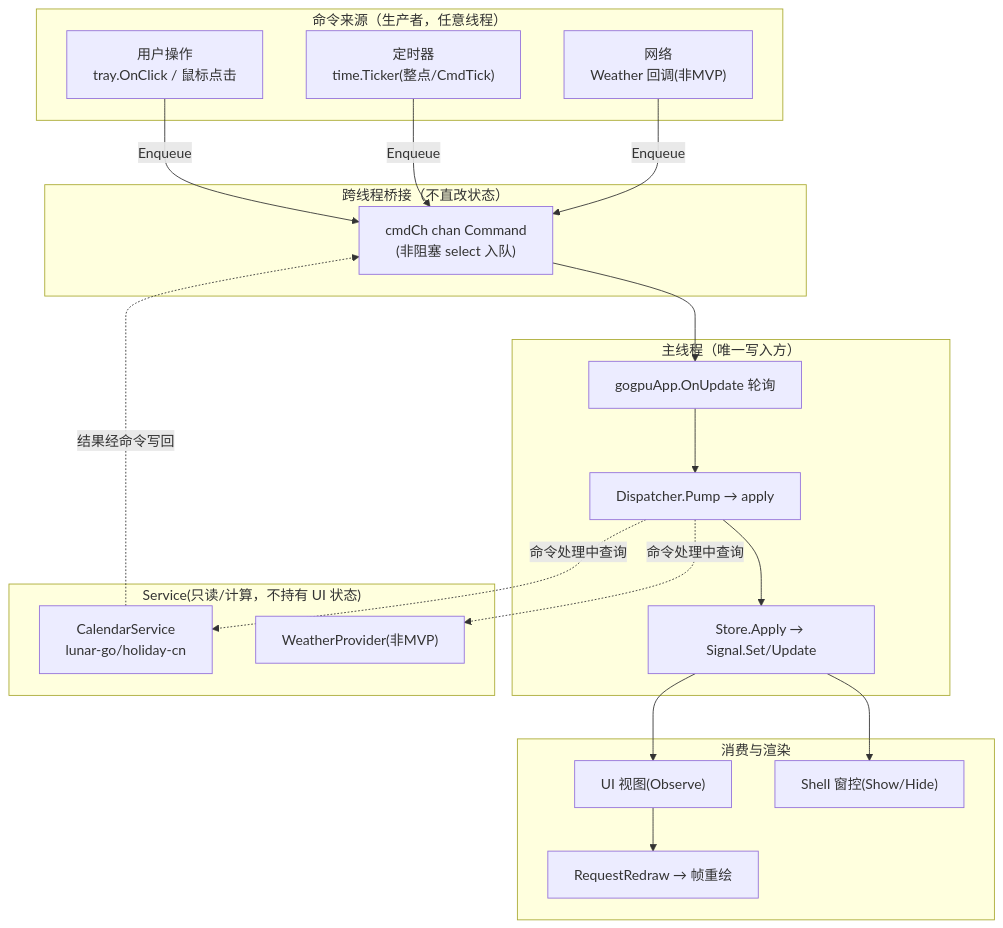
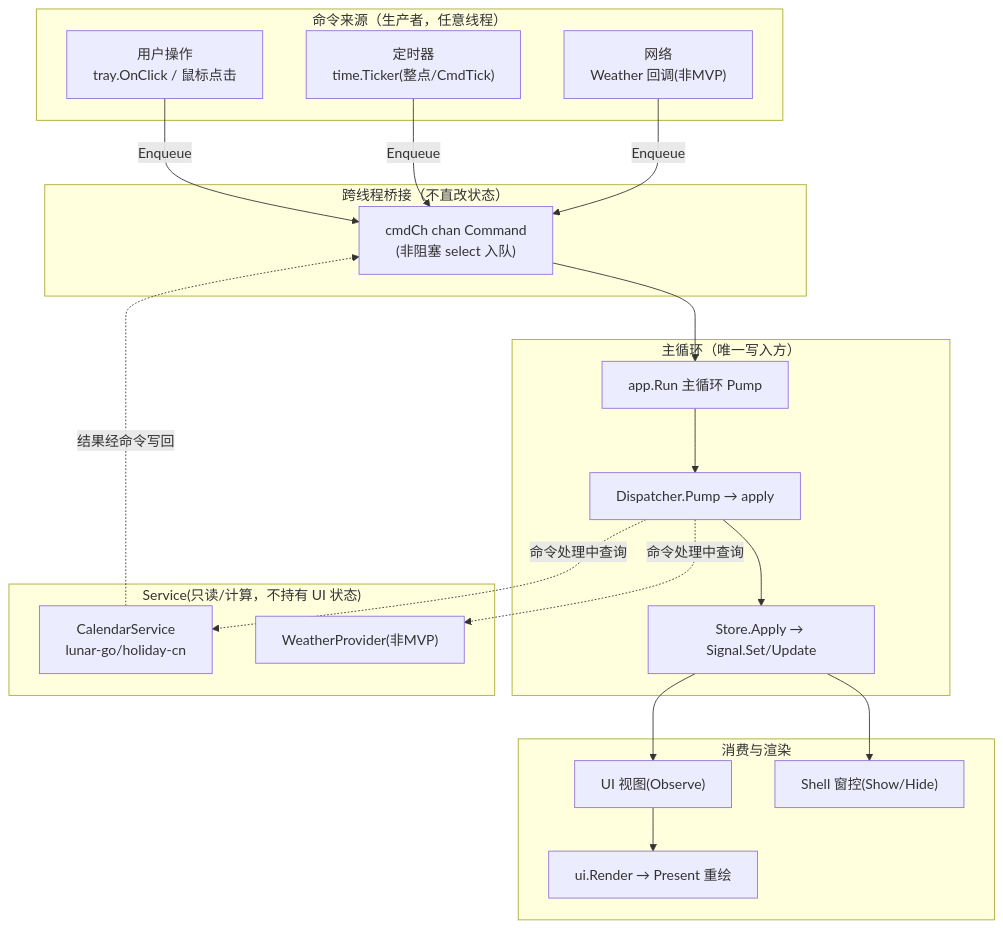
One commit to shaolei/DeskCalendar changed the second of 4 diagrams in docs/30-State/DataFlow.md. Above: the diagram before and after it, drawn with Mermaid. The commit also changed other lines of this file and 25 other files, not shown here.

````diff
--- a/docs/30-State/DataFlow.md
+++ b/docs/30-State/DataFlow.md
@@ -74,36 +74,36 @@
 ```mermaid
 flowchart TB
     subgraph SRC["命令来源（生产者，任意线程）"]
         U["用户操作<br/>tray.OnClick / 鼠标点击"]
         T["定时器<br/>time.Ticker(整点/CmdTick)"]
         N["网络<br/>Weather 回调(非MVP)"]
     end
     subgraph BRIDGE["跨线程桥接（不直改状态）"]
         CH["cmdCh chan Command<br/>(非阻塞 select 入队)"]
     end
-    subgraph MAIN["主线程（唯一写入方）"]
-        OU["gogpuApp.OnUpdate 轮询"]
+    subgraph MAIN["主循环（唯一写入方）"]
+        OU["app.Run 主循环 Pump"]
         DP["Dispatcher.Pump → apply"]
         ST["Store.Apply → Signal.Set/Update"]
     end
     subgraph SINK["消费与渲染"]
         V["UI 视图(Observe)"]
-        RD["RequestRedraw → 帧重绘"]
+        RD["ui.Render → Present 重绘"]
         SG["Shell 窗控(Show/Hide)"]
     end
     subgraph SERVICE["Service(只读/计算，不持有 UI 状态)"]
         CAL["CalendarService<br/>lunar-go/holiday-cn"]
         WTH["WeatherProvider(非MVP)"]
     end
 
     U -->|Enqueue| CH
     T -->|Enqueue| CH
     N -->|Enqueue| CH
     CH --> OU --> DP --> ST
     ST --> V
     ST --> SG
     V --> RD
     DP -. "命令处理中查询" .-> CAL
     DP -. "命令处理中查询" .-> WTH
     CAL -. "结果经命令写回" .-> CH
 ```
````
